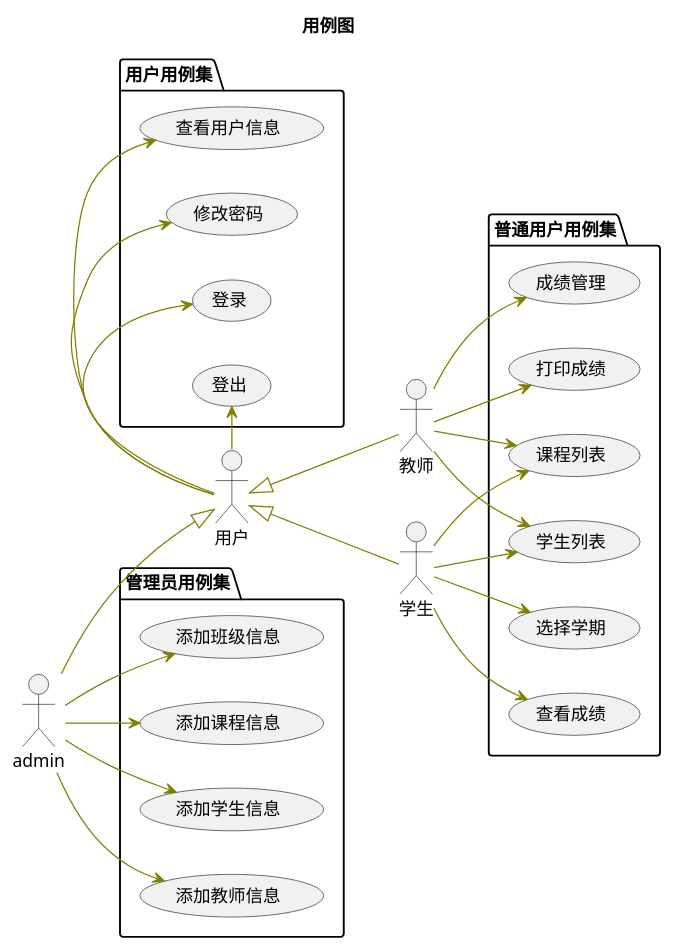
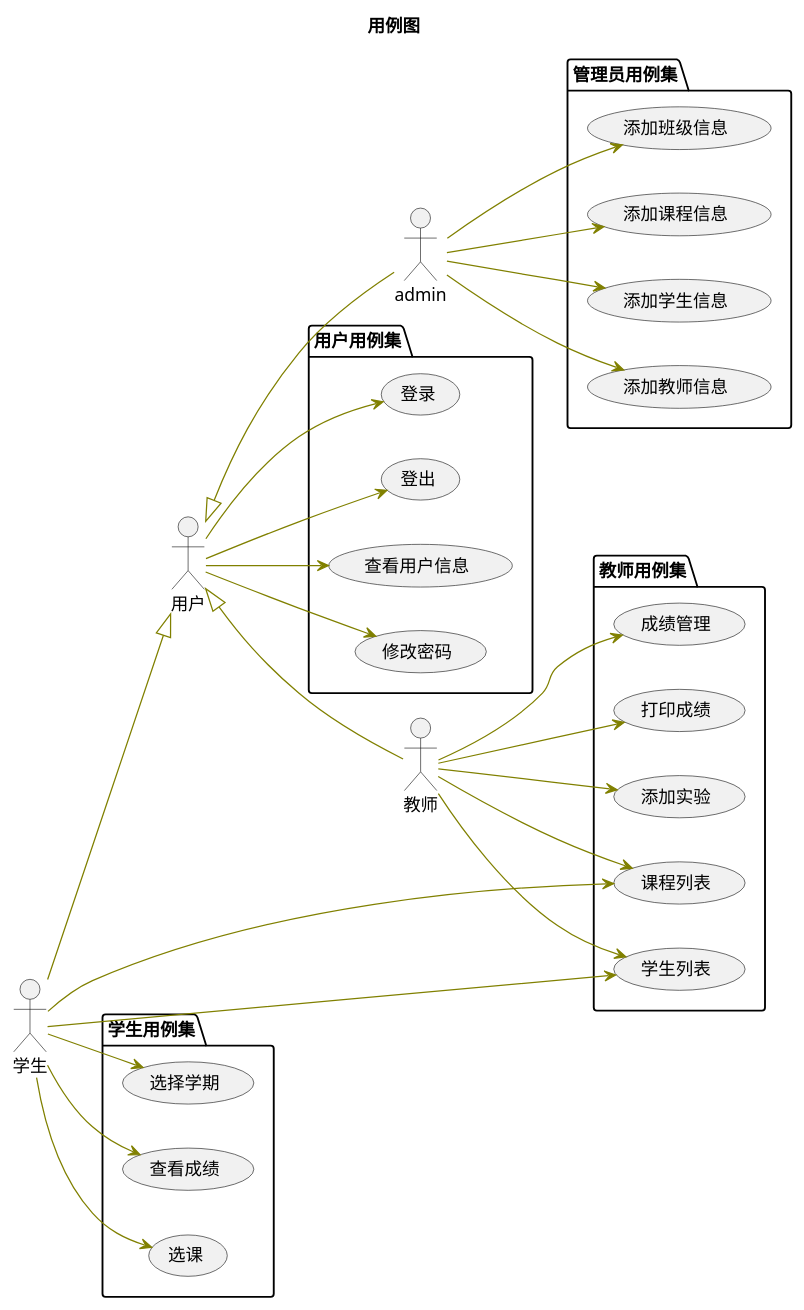
The diagram in FinalTest/src/用例图.puml (chenxiangz/is_analysis), drawn with PlantUML before and after one commit. The commit also changed 2 other files, not shown here.

```diff
--- a/FinalTest/src/用例图.puml
+++ b/FinalTest/src/用例图.puml
@@ -1,70 +1,70 @@
 @startuml
 
 skinparam usecase {
 
 
 
 
 
 	ArrowColor Olive
 	ActorFontName Courier
 
 	ActorBackgroundColor<< Human >> Gold
 }
 
 left to right direction
 title 用例图
 
 actor 教师
 
 actor 学生
 
 actor 用户
 
 用户 <|-- 教师
 
-用户 <|-up- admin
+用户 <|-down- admin
 
-用户 <|-- 学生
+用户 <|-up- 学生
 
 
 package 用户用例集 {
-用户 -left-> (登录)
+用户 --> (登录)
 
-用户 -left-> (登出)
+用户 --> (登出)
 
-用户 -left-> (查看用户信息)
+用户 --> (查看用户信息)
 
-
-
-用户 -left-> (修改密码)
+用户 --> (修改密码)
 
 }
 
 
 
 
 package 管理员用例集{
 
 admin --> (添加学生信息)
 admin --> (添加教师信息)
 admin --> (添加班级信息)
 admin --> (添加课程信息)
 
 }
-package 普通用户用例集 {
-
+package 教师用例集 {
 
 教师 --> (成绩管理)
 教师 --> (打印成绩)
 教师 --> (课程列表)
 教师 --> (学生列表)
+教师 --> (添加实验)
+}
+package 学生用例集{
 
 学生 --> (课程列表)
 学生 --> (选择学期)
 学生 --> (学生列表)
 学生 --> (查看成绩)
+学生 --> (选课)
 
 }
-
 @enduml
```
